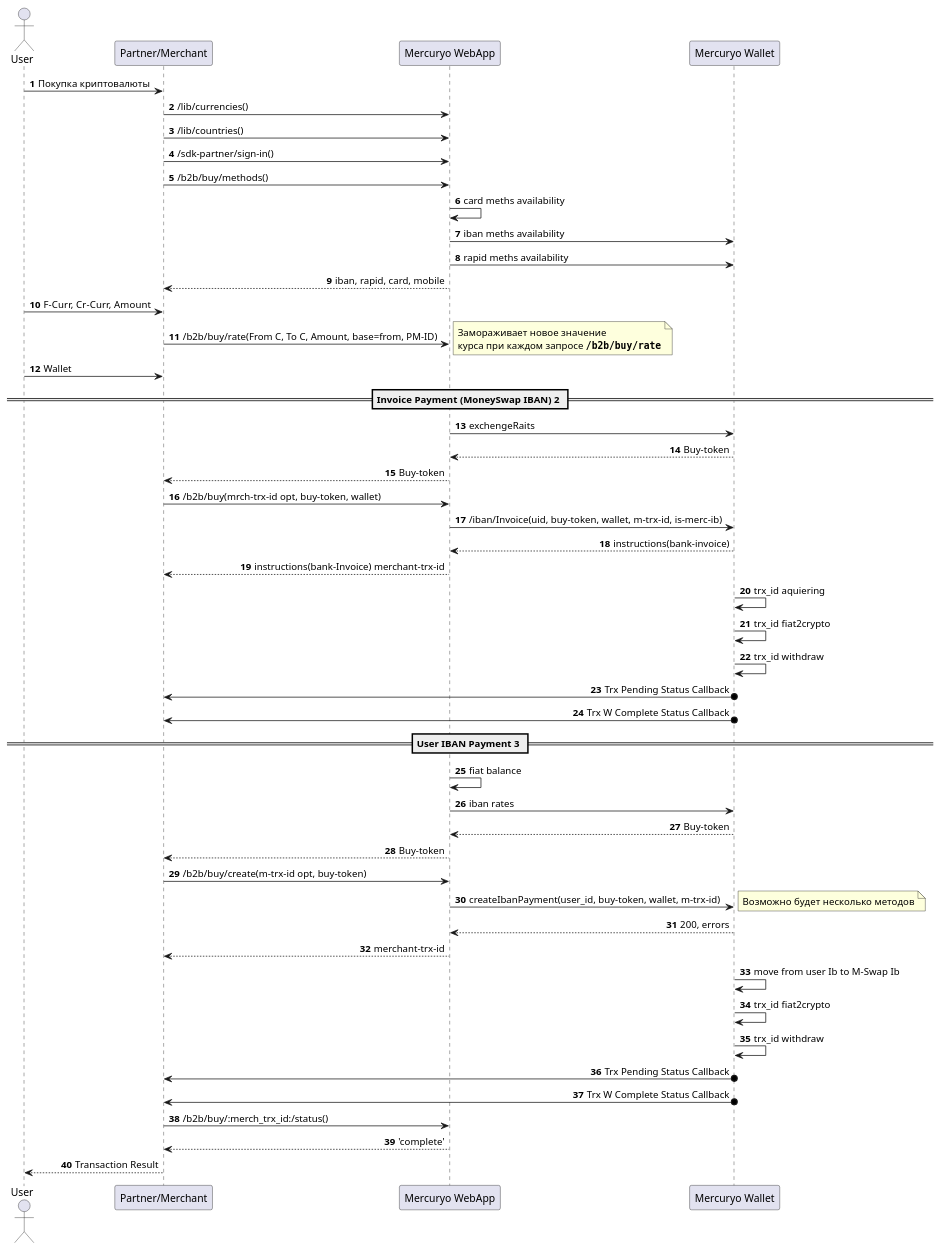
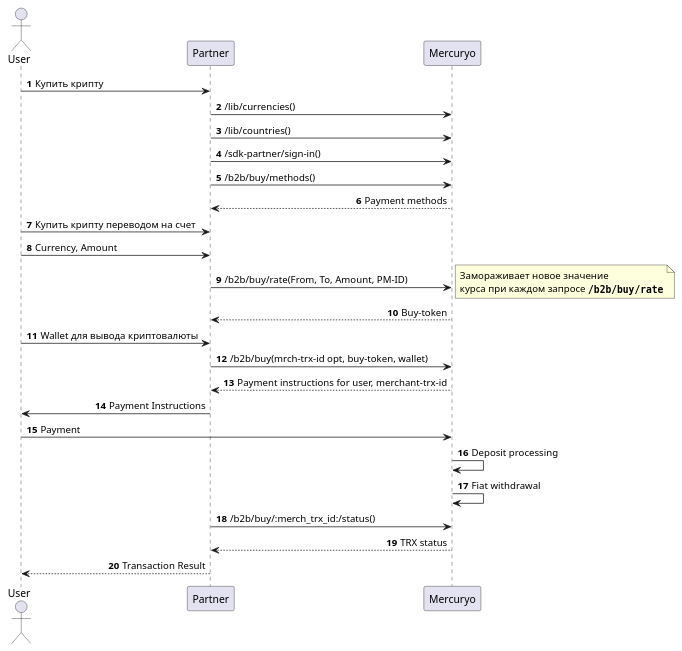
The diagram in 2 Buy Invoice/:b2b:iban:invoice.puml (mercuryoio/BAAS-API), drawn with PlantUML before and after one commit. The commit also changed 9 other files, not shown here.

```diff
--- a/2 Buy Invoice/:b2b:iban:invoice.puml
+++ b/2 Buy Invoice/:b2b:iban:invoice.puml
@@ -1,68 +1,40 @@
 @startuml
 ' This UML source uses PlantUML format.
 ' https://plantuml.com/sequence-diagram for syntax details.
 ' Optional styles
 
 skinparam shadowing false
 skinparam SequenceMessageAlign direction
 
 autonumber
 
 actor User as user
-participant "Partner/Merchant" as part
-participant "Mercuryo WebApp" as merc
-participant "Mercuryo Wallet" as wall
+participant "Partner" as part
+participant "Mercuryo" as merc
 
-user -> part: Покупка криптовалюты
+user -> part: Купить крипту
 part -> merc: /lib/currencies()
 part -> merc: /lib/countries()
 part -> merc: /sdk-partner/sign-in()
 part -> merc: /b2b/buy/methods()
-merc -> merc: card meths availability
-merc -> wall: iban meths availability
-merc -> wall: rapid meths availability
-merc --> part: iban, rapid, card, mobile
-user -> part: F-Curr, Cr-Curr, Amount
-part -> merc: /b2b/buy/rate(From C, To C, Amount, base=from, PM-ID)
+merc --> part: Payment methods
+user -> part: Купить крипту переводом на счет
+user -> part: Currency, Amount
+part -> merc: /b2b/buy/rate(From, To, Amount, PM-ID)
 note right
 Замораживает новое значение
 курса при каждом запросе **""/b2b/buy/rate""**
 end note
-user -> part: Wallet
-== Invoice Payment (MoneySwap IBAN) 2 ==
-merc -> wall: exchengeRaits
-wall --> merc: Buy-token
 merc --> part: Buy-token
+user -> part: Wallet для вывода криптовалюты
 part -> merc: /b2b/buy(mrch-trx-id opt, buy-token, wallet)
-merc -> wall: /iban/Invoice(uid, buy-token, wallet, m-trx-id, is-merc-ib)
-wall --> merc: instructions(bank-invoice)
-merc --> part: instructions(bank-Invoice) merchant-trx-id
-wall -> wall: trx_id aquiering
-wall -> wall: trx_id fiat2crypto
-wall -> wall: trx_id withdraw
-' f2c callback нужен?
-' реферальные начисления не забыть (партнерам клиентам)
-wall o-> part: Trx Pending Status Callback
-wall o-> part: Trx W Complete Status Callback
-== User IBAN Payment 3 ==
-merc -> merc: fiat balance
-merc -> wall: iban rates
-wall --> merc: Buy-token
-merc --> part: Buy-token
-part -> merc: /b2b/buy/create(m-trx-id opt, buy-token)
-merc -> wall: createIbanPayment(user_id, buy-token, wallet, m-trx-id)
-note right
-Возможно будет несколько методов
-end note
-wall --> merc: 200, errors
-merc --> part: merchant-trx-id
-wall -> wall: move from user Ib to M-Swap Ib
-wall -> wall: trx_id fiat2crypto
-wall -> wall: trx_id withdraw
-wall o-> part: Trx Pending Status Callback
-wall o-> part: Trx W Complete Status Callback
+merc --> part: Payment instructions for user, merchant-trx-id
+part -> user: Payment Instructions
+user -> merc: Payment
+merc -> merc: Deposit processing
+merc -> merc: Fiat withdrawal
 part -> merc: /b2b/buy/:merch_trx_id:/status()
-merc --> part: 'complete'
+merc --> part: TRX status
 part --> user: Transaction Result
 
 @enduml
```
